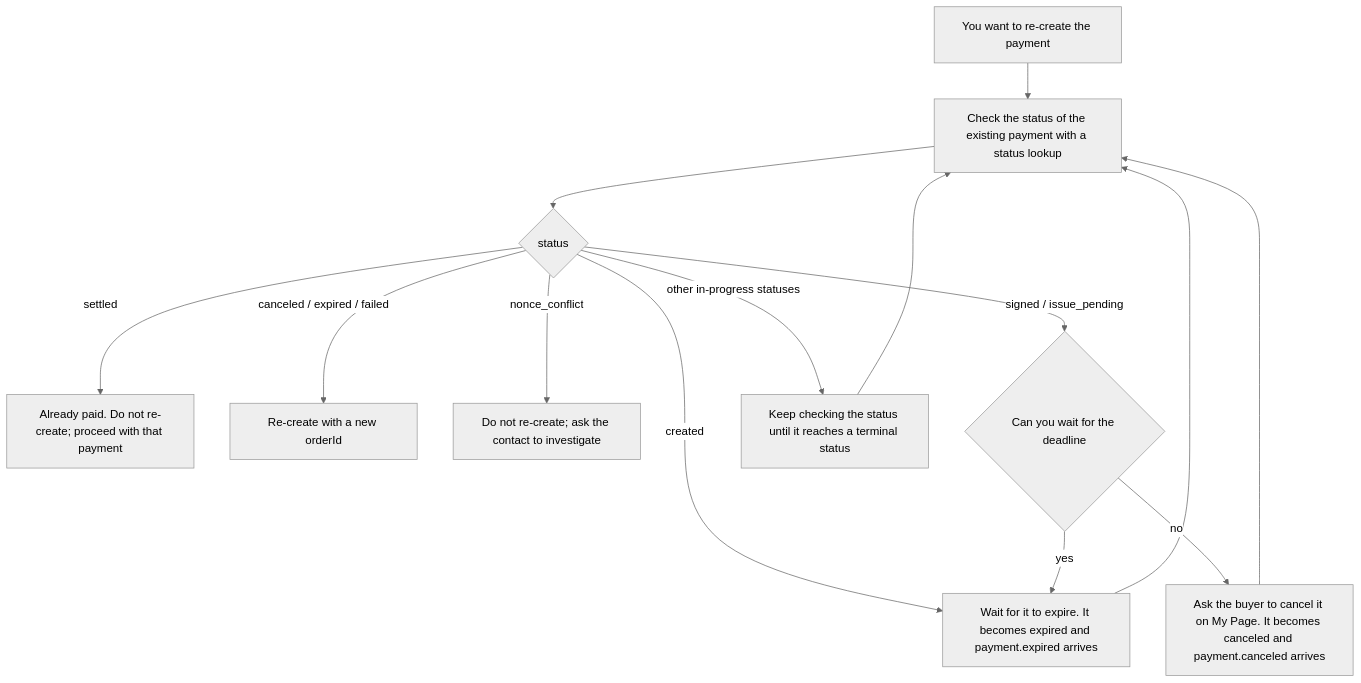
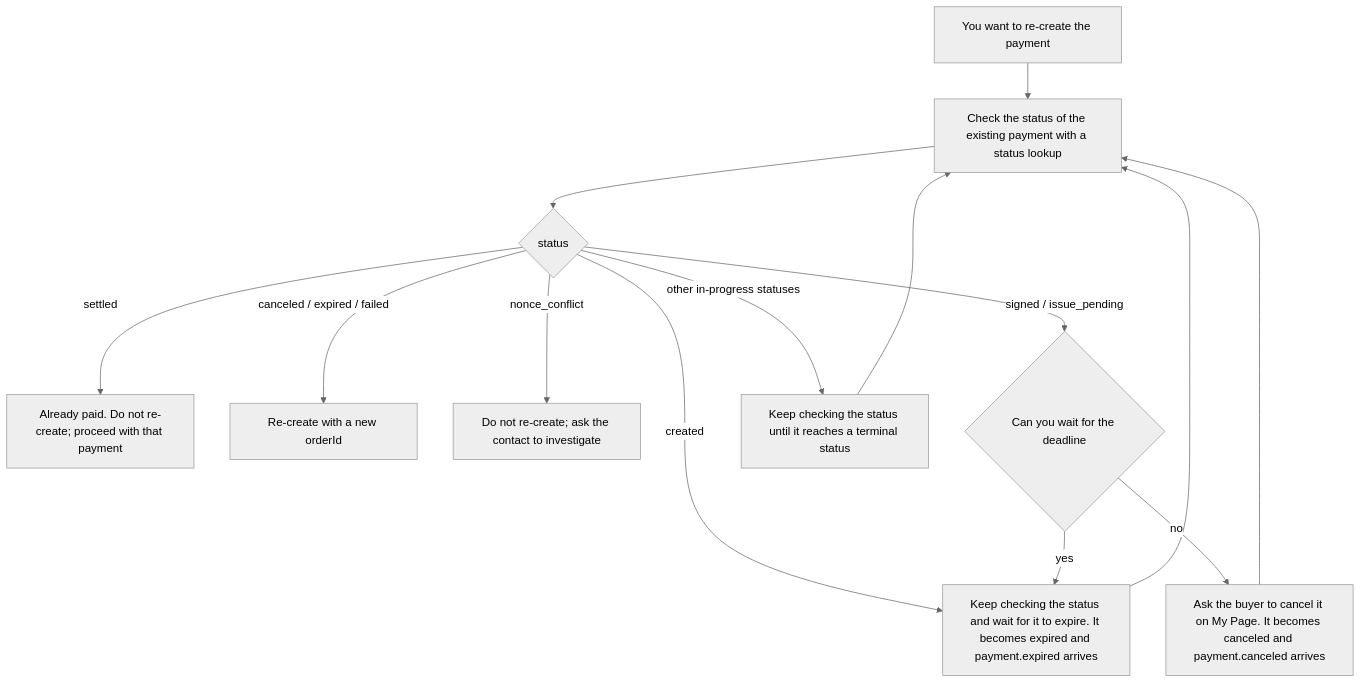
Before and after one commit to ango-ya/stbl-pay-site: the diagram in docs-site/i18n/en/docusaurus-plugin-content-docs/current/client/integrate-existing-ec.md, drawn with Mermaid (neutral theme). The commit also changed other lines of this file and 1 other file, not shown here.

Commit message:
fix(docs): 作り直しで待つ間も状態照会を続け、created が signed になるなど状態が変わったら最初からやり直すと書く

````diff
--- a/docs-site/i18n/en/docusaurus-plugin-content-docs/current/client/integrate-existing-ec.md
+++ b/docs-site/i18n/en/docusaurus-plugin-content-docs/current/client/integrate-existing-ec.md
@@ -36,16 +36,16 @@
 ```mermaid
 flowchart TD
   A[You want to re-create the payment] --> B[Check the status of the existing payment with a status lookup]
   B --> C{status}
   C -- settled --> D[Already paid. Do not re-create; proceed with that payment]
   C -- canceled / expired / failed --> E[Re-create with a new orderId]
   C -- nonce_conflict --> F[Do not re-create; ask the contact to investigate]
   C -- created --> H
   C -- signed / issue_pending --> G{Can you wait for the deadline}
   C -- other in-progress statuses --> J[Keep checking the status until it reaches a terminal status]
   J --> B
-  G -- yes --> H[Wait for it to expire. It becomes expired and payment.expired arrives]
+  G -- yes --> H[Keep checking the status and wait for it to expire. It becomes expired and payment.expired arrives]
   G -- no --> I[Ask the buyer to cancel it on My Page. It becomes canceled and payment.canceled arrives]
   H --> B
   I --> B
 ```
````
